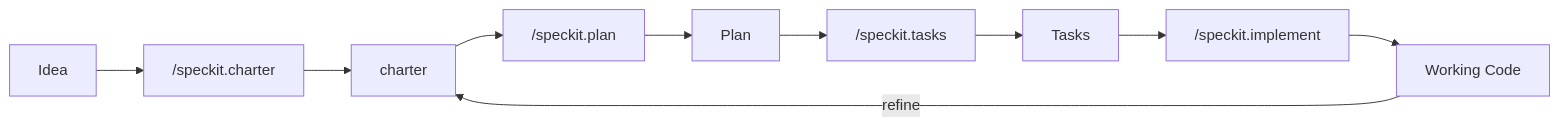
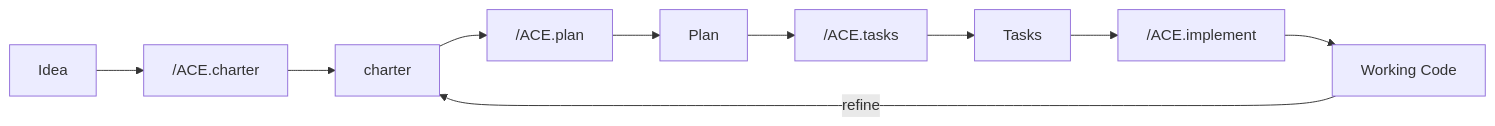
The diagram in src/content/docs/index.mdx (ParkWardRR/weekend-to-release), drawn with Mermaid before and after one commit. The commit also changed other lines of this file and 30 other files, not shown here.

````diff
--- a/src/content/docs/index.mdx
+++ b/src/content/docs/index.mdx
@@ -41,12 +41,12 @@
 ```mermaid
 flowchart LR
-    A[Idea] --> B["/speckit.charter"]
+    A[Idea] --> B["/ACE.charter"]
     B --> C[charter]
-    C --> D["/speckit.plan"]
+    C --> D["/ACE.plan"]
     D --> E[Plan]
-    E --> F["/speckit.tasks"]
+    E --> F["/ACE.tasks"]
     F --> G[Tasks]
-    G --> H["/speckit.implement"]
+    G --> H["/ACE.implement"]
     H --> I[Working Code]
     I -->|refine| C
 ```
````
